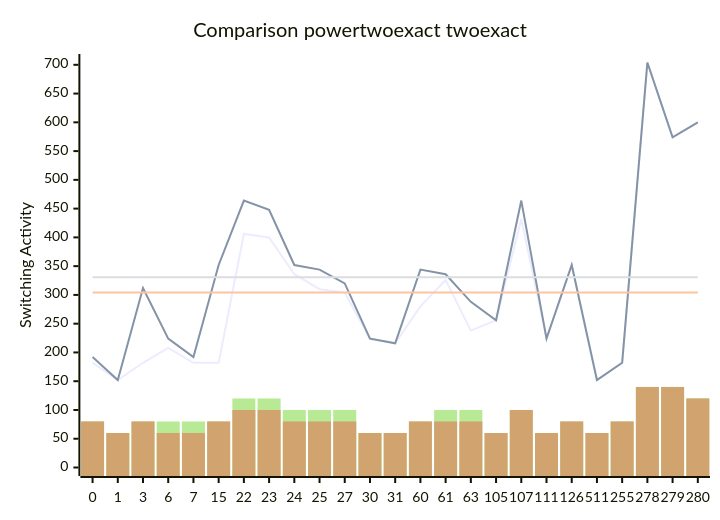
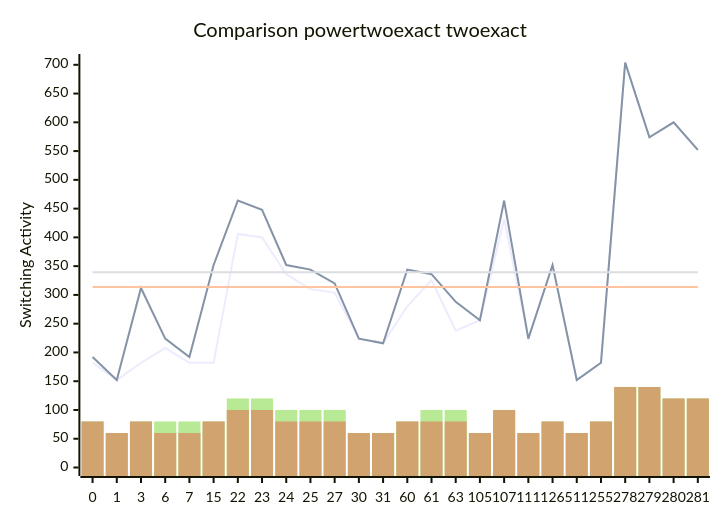
The diagram in benchmark_opt_500.md (FeldmeierMichael/Exact-Power-Synthesis), drawn with Mermaid before and after one commit. The commit also changed other lines of this file, not shown here.

````diff
--- a/benchmark_opt_500.md
+++ b/benchmark_opt_500.md
@@ -51,12 +53,12 @@
 ```mermaid
 xychart-beta
     title "Comparison powertwoexact twoexact"
-    x-axis [0, 1, 3, 6, 7, 15, 22, 23, 24, 25, 27, 30, 31, 60, 61, 63, 105, 107, 111, 126, 511, 255, 278, 279, 280]
+    x-axis [0, 1, 3, 6, 7, 15, 22, 23, 24, 25, 27, 30, 31, 60, 61, 63, 105, 107, 111, 126, 511, 255, 278, 279, 280, 281]
     y-axis "Switching Activity" 0-->704
-    line [182, 152, 182, 208, 182, 182, 406, 400, 336, 310, 304, 224, 216, 280, 326, 238, 256, 432, 224, 352, 152, 182, 704, 574, 600]
-    line [192, 152, 312, 224, 192, 352, 464, 448, 352, 344, 320, 224, 216, 344, 336, 288, 256, 464, 224, 352, 152, 182, 704, 574, 600]
-    line [304.16, 304.16, 304.16, 304.16, 304.16, 304.16, 304.16, 304.16, 304.16, 304.16, 304.16, 304.16, 304.16, 304.16, 304.16, 304.16, 304.16, 304.16, 304.16, 304.16, 304.16, 304.16, 304.16, 304.16, 304.16]
-    line [330.72, 330.72, 330.72, 330.72, 330.72, 330.72, 330.72, 330.72, 330.72, 330.72, 330.72, 330.72, 330.72, 330.72, 330.72, 330.72, 330.72, 330.72, 330.72, 330.72, 330.72, 330.72, 330.72, 330.72, 330.72]
-    bar [80, 60, 80, 80, 80, 80, 120, 120, 100, 100, 100, 60, 60, 80, 100, 100, 60, 100, 60, 80, 60, 80, 140, 140, 120]
-    bar [80, 60, 80, 60, 60, 80, 100, 100, 80, 80, 80, 60, 60, 80, 80, 80, 60, 100, 60, 80, 60, 80, 140, 140, 120]
+    line [182, 152, 182, 208, 182, 182, 406, 400, 336, 310, 304, 224, 216, 280, 326, 238, 256, 432, 224, 352, 152, 182, 704, 574, 600, 552]
+    line [192, 152, 312, 224, 192, 352, 464, 448, 352, 344, 320, 224, 216, 344, 336, 288, 256, 464, 224, 352, 152, 182, 704, 574, 600, 552]
+    line [313.6923076923077, 313.6923076923077, 313.6923076923077, 313.6923076923077, 313.6923076923077, 313.6923076923077, 313.6923076923077, 313.6923076923077, 313.6923076923077, 313.6923076923077, 313.6923076923077, 313.6923076923077, 313.6923076923077, 313.6923076923077, 313.6923076923077, 313.6923076923077, 313.6923076923077, 313.6923076923077, 313.6923076923077, 313.6923076923077, 313.6923076923077, 313.6923076923077, 313.6923076923077, 313.6923076923077, 313.6923076923077, 313.6923076923077]
+    line [339.2307692307692, 339.2307692307692, 339.2307692307692, 339.2307692307692, 339.2307692307692, 339.2307692307692, 339.2307692307692, 339.2307692307692, 339.2307692307692, 339.2307692307692, 339.2307692307692, 339.2307692307692, 339.2307692307692, 339.2307692307692, 339.2307692307692, 339.2307692307692, 339.2307692307692, 339.2307692307692, 339.2307692307692, 339.2307692307692, 339.2307692307692, 339.2307692307692, 339.2307692307692, 339.2307692307692, 339.2307692307692, 339.2307692307692]
+    bar [80, 60, 80, 80, 80, 80, 120, 120, 100, 100, 100, 60, 60, 80, 100, 100, 60, 100, 60, 80, 60, 80, 140, 140, 120, 120]
+    bar [80, 60, 80, 60, 60, 80, 100, 100, 80, 80, 80, 60, 60, 80, 80, 80, 60, 100, 60, 80, 60, 80, 140, 140, 120, 120]
 ```
````
